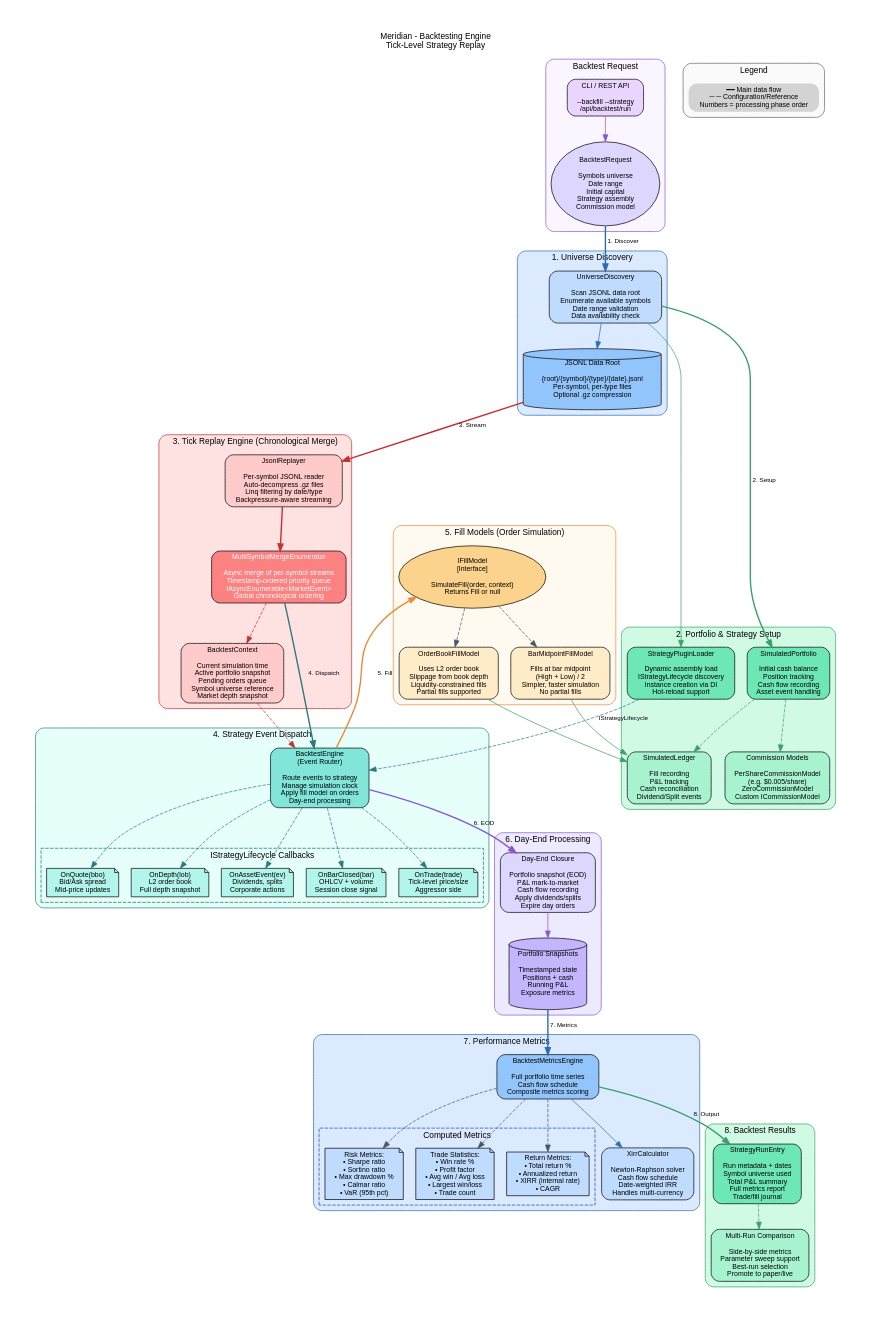
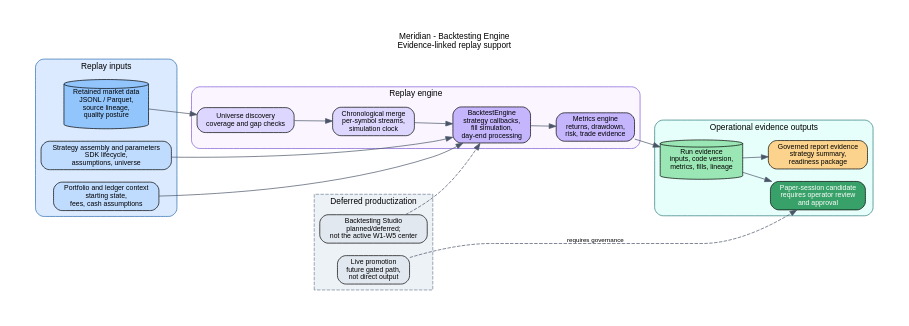
The diagram in docs/diagrams/analytics/backtesting-engine.dot (rodoHasArrived/Meridian-main), drawn with Graphviz before and after one commit. The commit also changed 141 other files, not shown here.

```diff
--- a/docs/diagrams/analytics/backtesting-engine.dot
+++ b/docs/diagrams/analytics/backtesting-engine.dot
@@ -1,239 +1,84 @@
 // Backtesting Engine Diagram
-// Meridian current project state
-// Last Updated: 2026-05-28
+// Meridian current project stance
+// Last Updated: 2026-06-10
 //
-// This diagram shows the backtesting engine architecture: universe discovery,
-// chronological tick replay, fill models, portfolio simulation, and metrics.
-//
-// Generate: dot -Tpng backtesting-engine.dot -o backtesting-engine.png
-//           dot -Tsvg backtesting-engine.dot -o backtesting-engine.svg
+// Backtesting is a supporting evidence workflow. Backtesting Studio is a
+// deferred expansion lane behind the operational-record baseline.
 
 digraph BacktestingEngine {
-  rankdir=TB;
+  rankdir=LR;
   graph [fontname="Helvetica", fontsize=12, bgcolor="white", compound=true, pad=0.5];
   node  [fontname="Helvetica", fontsize=10, shape=box, style="rounded,filled"];
   edge  [fontname="Helvetica", fontsize=9, color="#4a5568"];
 
-  // Title
   labelloc="t";
-  label="Meridian - Backtesting Engine\nTick-Level Strategy Replay";
+  label="Meridian - Backtesting Engine\nEvidence-linked replay support";
 
-  // Input
-  subgraph cluster_input {
-    label="Backtest Request";
+  subgraph cluster_inputs {
+    label="Replay inputs";
+    color="#2b6cb0";
+    style="rounded";
+    bgcolor="#dbeafe";
+
+    DATA [shape=cylinder, fillcolor="#93c5fd",
+      label="Retained market data\nJSONL / Parquet,\nsource lineage,\nquality posture"];
+    STRATEGY [fillcolor="#bfdbfe",
+      label="Strategy assembly and parameters\nSDK lifecycle,\nassumptions, universe"];
+    LEDGER_CONTEXT [fillcolor="#bfdbfe",
+      label="Portfolio and ledger context\nstarting state,\nfees, cash assumptions"];
+  }
+
+  subgraph cluster_engine {
+    label="Replay engine";
     color="#805ad5";
     style="rounded";
     bgcolor="#faf5ff";
 
-    REQUEST [shape=oval, fillcolor="#ddd6fe",
-             label="BacktestRequest\n\nSymbols universe\nDate range\nInitial capital\nStrategy assembly\nCommission model"];
-
-    CLI [fillcolor="#e9d5ff",
-         label="CLI / REST API\n\n--backfill --strategy\n/api/backtest/run"];
+    UNIVERSE [fillcolor="#ddd6fe",
+      label="Universe discovery\ncoverage and gap checks"];
+    MERGE [fillcolor="#ddd6fe",
+      label="Chronological merge\nper-symbol streams,\nsimulation clock"];
+    ENGINE [fillcolor="#c4b5fd",
+      label="BacktestEngine\nstrategy callbacks,\nfill simulation,\nday-end processing"];
+    METRICS [fillcolor="#c4b5fd",
+      label="Metrics engine\nreturns, drawdown,\nrisk, trade evidence"];
   }
 
-  // Phase 1: Universe Discovery
-  subgraph cluster_universe {
-    label="1. Universe Discovery";
-    color="#2b6cb0";
-    style="rounded";
-    bgcolor="#dbeafe";
-
-    UNIVERSE [fillcolor="#bfdbfe",
-              label="UniverseDiscovery\n\nScan JSONL data root\nEnumerate available symbols\nDate range validation\nData availability check"];
-
-    DATA_ROOT [shape=cylinder, fillcolor="#93c5fd",
-               label="JSONL Data Root\n\n{root}/{symbol}/{type}/{date}.jsonl\nPer-symbol, per-type files\nOptional .gz compression"];
-  }
-
-  // Phase 2: Portfolio & Strategy Setup
-  subgraph cluster_setup {
-    label="2. Portfolio & Strategy Setup";
-    color="#38a169";
-    style="rounded";
-    bgcolor="#d1fae5";
-
-    SIM_PORT [fillcolor="#6ee7b7",
-              label="SimulatedPortfolio\n\nInitial cash balance\nPosition tracking\nCash flow recording\nAsset event handling"];
-
-    STRATEGY_LOADER [fillcolor="#6ee7b7",
-                     label="StrategyPluginLoader\n\nDynamic assembly load\nIStrategyLifecycle discovery\nInstance creation via DI\nHot-reload support"];
-
-    COMMISSION [fillcolor="#a7f3d0",
-                label="Commission Models\n\nPerShareCommissionModel\n(e.g. $0.005/share)\nZeroCommissionModel\nCustom ICommissionModel"];
-
-    LEDGER [fillcolor="#a7f3d0",
-            label="SimulatedLedger\n\nFill recording\nP&L tracking\nCash reconciliation\nDividend/Split events"];
-  }
-
-  // Phase 3: Tick Replay Engine
-  subgraph cluster_replay {
-    label="3. Tick Replay Engine (Chronological Merge)";
-    color="#c53030";
-    style="rounded";
-    bgcolor="#fee2e2";
-
-    MERGE [fillcolor="#fc8181", fontcolor="white",
-           label="MultiSymbolMergeEnumerator\n\nAsync merge of per-symbol streams\nTimestamp-ordered priority queue\nIAsyncEnumerable<MarketEvent>\nGlobal chronological ordering"];
-
-    REPLAYER [fillcolor="#fecaca",
-              label="JsonlReplayer\n\nPer-symbol JSONL reader\nAuto-decompress .gz files\nLinq filtering by date/type\nBackpressure-aware streaming"];
-
-    CTX [fillcolor="#fecaca",
-         label="BacktestContext\n\nCurrent simulation time\nActive portfolio snapshot\nPending orders queue\nSymbol universe reference\nMarket depth snapshot"];
-  }
-
-  // Phase 4: Strategy Dispatch
-  subgraph cluster_dispatch {
-    label="4. Strategy Event Dispatch";
+  subgraph cluster_outputs {
+    label="Operational evidence outputs";
     color="#2c7a7b";
     style="rounded";
     bgcolor="#e6fffa";
 
-    DISPATCH [fillcolor="#81e6d9",
-              label="BacktestEngine\n(Event Router)\n\nRoute events to strategy\nManage simulation clock\nApply fill model on orders\nDay-end processing"];
-
-    subgraph cluster_callbacks {
-      label="IStrategyLifecycle Callbacks";
-      style="dashed";
-      color="#047857";
-
-      ON_BAR [shape=note, fillcolor="#b2f5ea",
-              label="OnBarClosed(bar)\nOHLCV + volume\nSession close signal"];
-      ON_TRADE [shape=note, fillcolor="#b2f5ea",
-                label="OnTrade(trade)\nTick-level price/size\nAggressor side"];
-      ON_QUOTE [shape=note, fillcolor="#b2f5ea",
-                label="OnQuote(bbo)\nBid/Ask spread\nMid-price updates"];
-      ON_DEPTH [shape=note, fillcolor="#b2f5ea",
-                label="OnDepth(lob)\nL2 order book\nFull depth snapshot"];
-      ON_ASSET [shape=note, fillcolor="#b2f5ea",
-                label="OnAssetEvent(ev)\nDividends, splits\nCorporate actions"];
-    }
+    RUN_RECORD [shape=cylinder, fillcolor="#9ae6b4",
+      label="Run evidence\ninputs, code version,\nmetrics, fills, lineage"];
+    PAPER_CANDIDATE [fillcolor="#38a169", fontcolor="white",
+      label="Paper-session candidate\nrequires operator review\nand approval"];
+    REPORTS [fillcolor="#fbd38d",
+      label="Governed report evidence\nstrategy summary,\nreadiness package"];
   }
 
-  // Phase 5: Fill Models
-  subgraph cluster_fill {
-    label="5. Fill Models (Order Simulation)";
-    color="#ed8936";
-    style="rounded";
-    bgcolor="#fffaf0";
+  subgraph cluster_deferred {
+    label="Deferred productization";
+    color="#718096";
+    style="dashed";
+    bgcolor="#edf2f7";
 
-    FILL_IFACE [shape=ellipse, fillcolor="#fbd38d",
-                label="IFillModel\n[Interface]\n\nSimulateFill(order, context)\nReturns Fill or null"];
-
-    OB_FILL [fillcolor="#feebc8",
-             label="OrderBookFillModel\n\nUses L2 order book\nSlippage from book depth\nLiquidity-constrained fills\nPartial fills supported"];
-
-    BAR_FILL [fillcolor="#feebc8",
-              label="BarMidpointFillModel\n\nFills at bar midpoint\n(High + Low) / 2\nSimpler, faster simulation\nNo partial fills"];
+    STUDIO [fillcolor="#e2e8f0",
+      label="Backtesting Studio\nplanned/deferred;\nnot the active W1-W5 center"];
+    LIVE [fillcolor="#e2e8f0",
+      label="Live promotion\nfuture gated path,\nnot direct output"];
   }
 
-  // Phase 6: Day-End Processing
-  subgraph cluster_dayend {
-    label="6. Day-End Processing";
-    color="#805ad5";
-    style="rounded";
-    bgcolor="#ede9fe";
-
-    DAY_END [fillcolor="#ddd6fe",
-             label="Day-End Closure\n\nPortfolio snapshot (EOD)\nP&L mark-to-market\nCash flow recording\nApply dividends/splits\nExpire day orders"];
-
-    SNAPSHOTS [shape=cylinder, fillcolor="#c4b5fd",
-               label="Portfolio Snapshots\n\nTimestamped state\nPositions + cash\nRunning P&L\nExposure metrics"];
-  }
-
-  // Phase 7: Metrics Engine
-  subgraph cluster_metrics {
-    label="7. Performance Metrics";
-    color="#2b6cb0";
-    style="rounded";
-    bgcolor="#dbeafe";
-
-    METRICS_ENGINE [fillcolor="#93c5fd",
-                    label="BacktestMetricsEngine\n\nFull portfolio time series\nCash flow schedule\nComposite metrics scoring"];
-
-    subgraph cluster_metric_types {
-      label="Computed Metrics";
-      style="dashed";
-      color="#1e40af";
-
-      RETURNS [shape=note, fillcolor="#bfdbfe",
-               label="Return Metrics:\n• Total return %\n• Annualized return\n• XIRR (internal rate)\n• CAGR"];
-
-      RISK [shape=note, fillcolor="#bfdbfe",
-            label="Risk Metrics:\n• Sharpe ratio\n• Sortino ratio\n• Max drawdown %\n• Calmar ratio\n• VaR (95th pct)"];
-
-      TRADE_STATS [shape=note, fillcolor="#bfdbfe",
-                   label="Trade Statistics:\n• Win rate %\n• Profit factor\n• Avg win / Avg loss\n• Largest win/loss\n• Trade count"];
-    }
-
-    XIRR [fillcolor="#bfdbfe",
-          label="XirrCalculator\n\nNewton-Raphson solver\nCash flow schedule\nDate-weighted IRR\nHandles multi-currency"];
-  }
-
-  // Phase 8: Output
-  subgraph cluster_output {
-    label="8. Backtest Results";
-    color="#38a169";
-    style="rounded";
-    bgcolor="#d1fae5";
-
-    RUN_ENTRY [fillcolor="#6ee7b7",
-               label="StrategyRunEntry\n\nRun metadata + dates\nSymbol universe used\nTotal P&L summary\nFull metrics report\nTrade/fill journal"];
-
-    COMPARE [fillcolor="#a7f3d0",
-             label="Multi-Run Comparison\n\nSide-by-side metrics\nParameter sweep support\nBest-run selection\nPromote to paper/live"];
-  }
-
-  // Data Flow
-  CLI -> REQUEST [color="#805ad5"];
-  REQUEST -> UNIVERSE [color="#2b6cb0", penwidth=2, label="1. Discover"];
-  UNIVERSE -> DATA_ROOT [color="#2b6cb0"];
-
-  UNIVERSE -> SIM_PORT [color="#38a169", penwidth=2, label="2. Setup"];
-  UNIVERSE -> STRATEGY_LOADER [color="#38a169"];
-  SIM_PORT -> COMMISSION [color="#38a169", style=dashed];
-  SIM_PORT -> LEDGER [color="#38a169", style=dashed];
-
-  DATA_ROOT -> REPLAYER [color="#c53030", penwidth=2, label="3. Stream"];
-  REPLAYER -> MERGE [color="#c53030", penwidth=2];
-  MERGE -> CTX [color="#c53030", style=dashed];
-
-  MERGE -> DISPATCH [color="#2c7a7b", penwidth=2, label="4. Dispatch"];
-  DISPATCH -> ON_BAR [color="#2c7a7b", style=dashed];
-  DISPATCH -> ON_TRADE [color="#2c7a7b", style=dashed];
-  DISPATCH -> ON_QUOTE [color="#2c7a7b", style=dashed];
-  DISPATCH -> ON_DEPTH [color="#2c7a7b", style=dashed];
-  DISPATCH -> ON_ASSET [color="#2c7a7b", style=dashed];
-
-  DISPATCH -> FILL_IFACE [color="#ed8936", penwidth=2, label="5. Fill"];
-  FILL_IFACE -> OB_FILL [style=dashed];
-  FILL_IFACE -> BAR_FILL [style=dashed];
-  OB_FILL -> LEDGER [color="#38a169"];
-  BAR_FILL -> LEDGER [color="#38a169"];
-
-  DISPATCH -> DAY_END [color="#805ad5", penwidth=2, label="6. EOD"];
-  DAY_END -> SNAPSHOTS [color="#805ad5"];
-  SNAPSHOTS -> METRICS_ENGINE [color="#2b6cb0", penwidth=2, label="7. Metrics"];
-
-  METRICS_ENGINE -> RETURNS [style=dashed];
-  METRICS_ENGINE -> RISK [style=dashed];
-  METRICS_ENGINE -> TRADE_STATS [style=dashed];
-  METRICS_ENGINE -> XIRR [color="#2b6cb0"];
-
-  METRICS_ENGINE -> RUN_ENTRY [color="#38a169", penwidth=2, label="8. Output"];
-  RUN_ENTRY -> COMPARE [color="#38a169", style=dashed];
-  STRATEGY_LOADER -> DISPATCH [color="#2c7a7b", style=dashed, label="IStrategyLifecycle"];
-  CTX -> DISPATCH [color="#c53030", style=dashed];
-
-  // Legend
-  subgraph cluster_legend {
-    label="Legend";
-    style="rounded";
-    color="#666666";
-    bgcolor="#fafafa";
-
-    LEG [shape=plaintext,
-         label="━━ Main data flow\n─ ─ Configuration/Reference\nNumbers = processing phase order"];
-  }
+  DATA -> UNIVERSE;
+  STRATEGY -> ENGINE;
+  LEDGER_CONTEXT -> ENGINE;
+  UNIVERSE -> MERGE;
+  MERGE -> ENGINE;
+  ENGINE -> METRICS;
+  METRICS -> RUN_RECORD;
+  RUN_RECORD -> PAPER_CANDIDATE;
+  RUN_RECORD -> REPORTS;
+  STUDIO -> ENGINE [style=dashed];
+  LIVE -> PAPER_CANDIDATE [style=dashed, label="requires governance"];
 }
```
